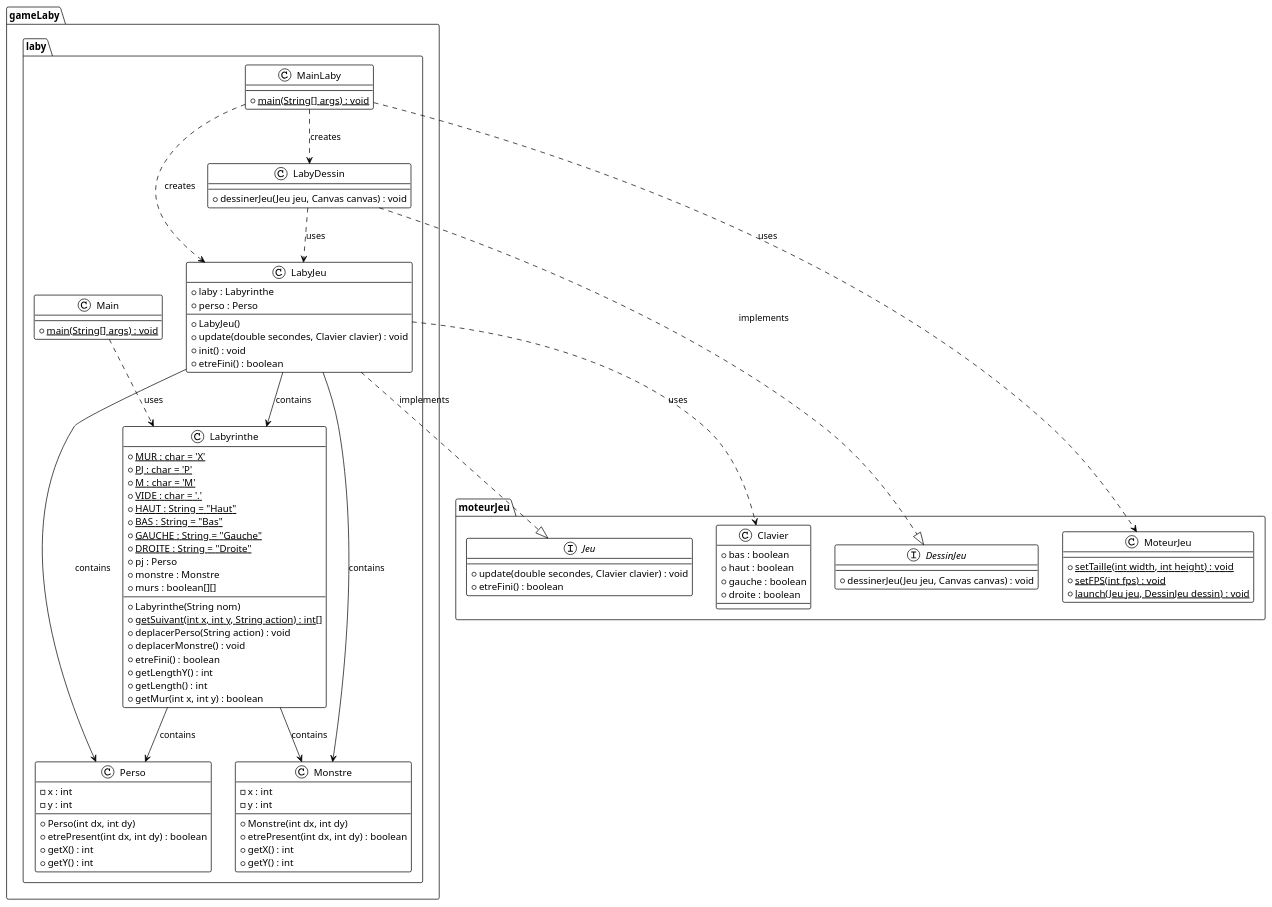
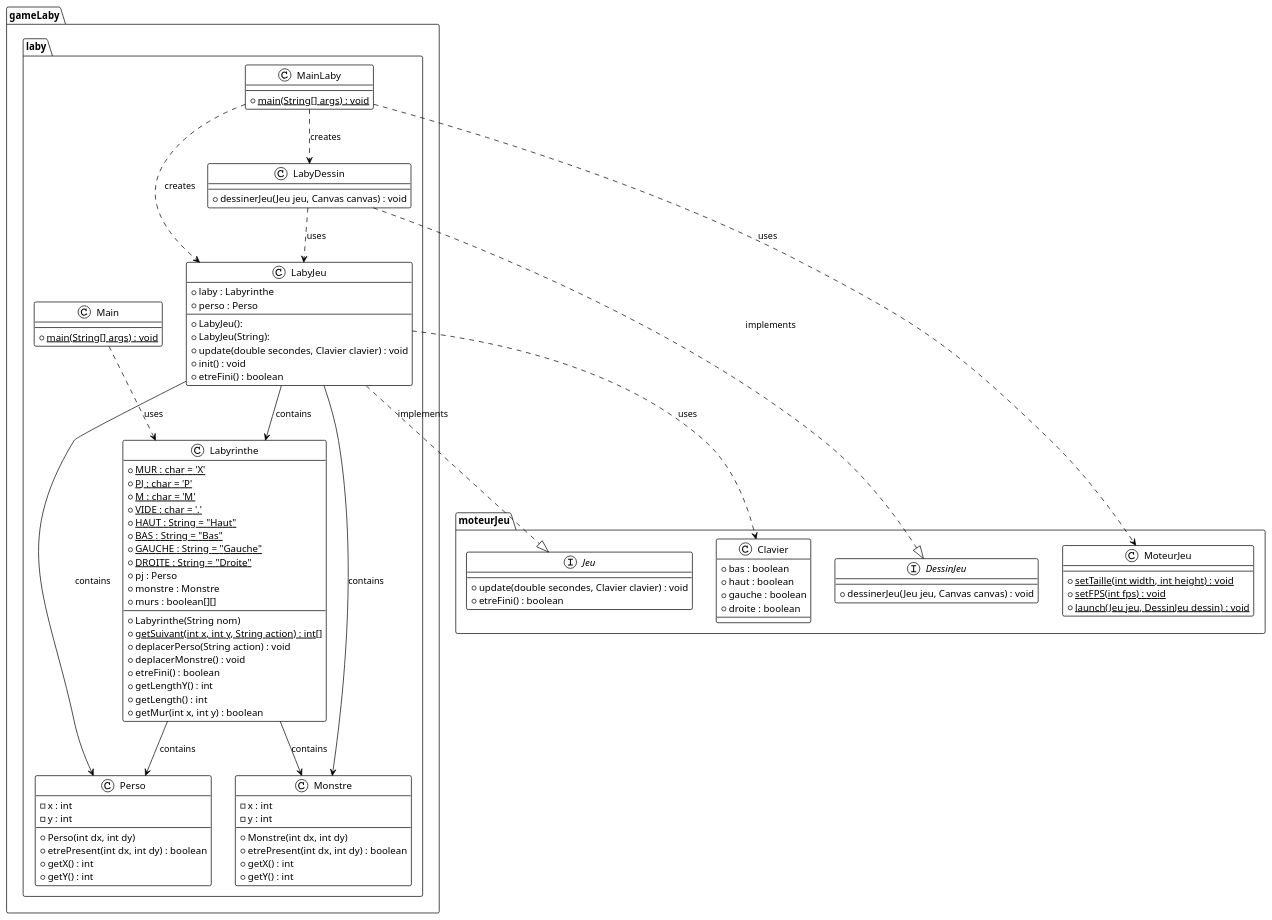
Before and after one commit to crochetremi/2025_Zeldiablo2_e20157u_e82008u_e89209u_e26078u: the diagram in documents/version_2/DC_Laby.puml, drawn with PlantUML. The commit also changed 2 other files, not shown here.

```diff
--- a/documents/version_2/DC_Laby.puml
+++ b/documents/version_2/DC_Laby.puml
@@ -1,110 +1,111 @@
 @startuml
 !theme plain
 
 package "gameLaby.laby" {
 
     class Main {
         +{static} main(String[] args) : void
     }
 
     class MainLaby {
         +{static} main(String[] args) : void
     }
 
     class LabyJeu {
         +laby : Labyrinthe
         +perso : Perso
-        +LabyJeu()
+        +LabyJeu():
+        +LabyJeu(String):
         +update(double secondes, Clavier clavier) : void
         +init() : void
         +etreFini() : boolean
     }
 
     class LabyDessin {
         +dessinerJeu(Jeu jeu, Canvas canvas) : void
     }
 
     class Labyrinthe {
         +{static} MUR : char = 'X'
         +{static} PJ : char = 'P'
         +{static} M : char = 'M'
         +{static} VIDE : char = '.'
         +{static} HAUT : String = "Haut"
         +{static} BAS : String = "Bas"
         +{static} GAUCHE : String = "Gauche"
         +{static} DROITE : String = "Droite"
         +pj : Perso
         +monstre : Monstre
         +murs : boolean[][]
         +Labyrinthe(String nom)
         +{static} getSuivant(int x, int y, String action) : int[]
         +deplacerPerso(String action) : void
         +deplacerMonstre() : void
         +etreFini() : boolean
         +getLengthY() : int
         +getLength() : int
         +getMur(int x, int y) : boolean
     }
 
     class Perso {
         -x : int
         -y : int
         +Perso(int dx, int dy)
         +etrePresent(int dx, int dy) : boolean
         +getX() : int
         +getY() : int
     }
 
     class Monstre {
             -x : int
             -y : int
             +Monstre(int dx, int dy)
             +etrePresent(int dx, int dy) : boolean
             +getX() : int
             +getY() : int
         }
 }
 
 package "moteurJeu" {
     interface Jeu {
         +update(double secondes, Clavier clavier) : void
         +etreFini() : boolean
     }
 
     interface DessinJeu {
         +dessinerJeu(Jeu jeu, Canvas canvas) : void
     }
 
     class Clavier {
         +bas : boolean
         +haut : boolean
         +gauche : boolean
         +droite : boolean
     }
 
     class MoteurJeu {
         +{static} setTaille(int width, int height) : void
         +{static} setFPS(int fps) : void
         +{static} launch(Jeu jeu, DessinJeu dessin) : void
     }
 }
 
 ' Relations
 LabyJeu ..|> Jeu : implements
 LabyDessin ..|> DessinJeu : implements
 
 LabyJeu --> Labyrinthe : contains
 LabyJeu --> Perso : contains
 LabyJeu --> Monstre : contains
 Labyrinthe --> Perso : contains
 Labyrinthe --> Monstre : contains
 
 Main ..> Labyrinthe : uses
 MainLaby ..> LabyJeu : creates
 MainLaby ..> LabyDessin : creates
 MainLaby ..> MoteurJeu : uses
 
 LabyJeu ..> Clavier : uses
 LabyDessin ..> LabyJeu : uses
 
 @enduml
```
